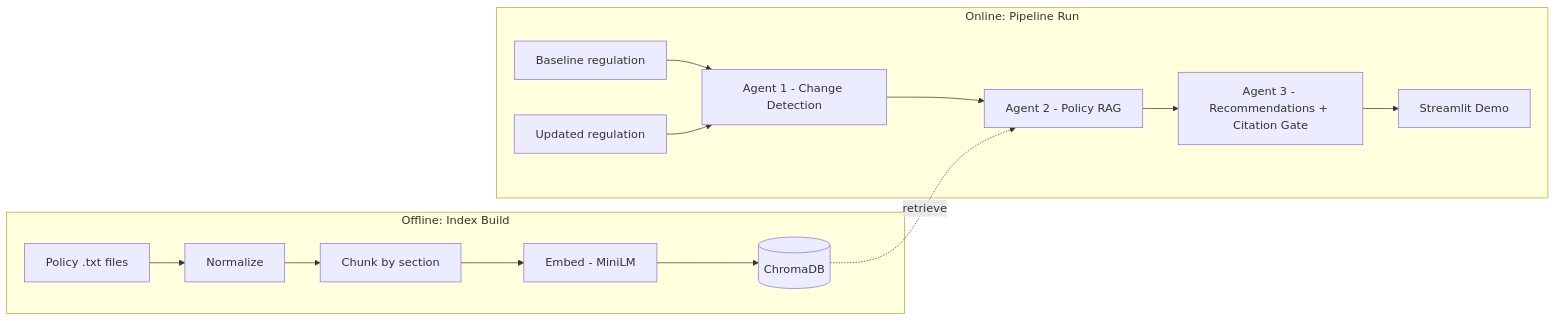
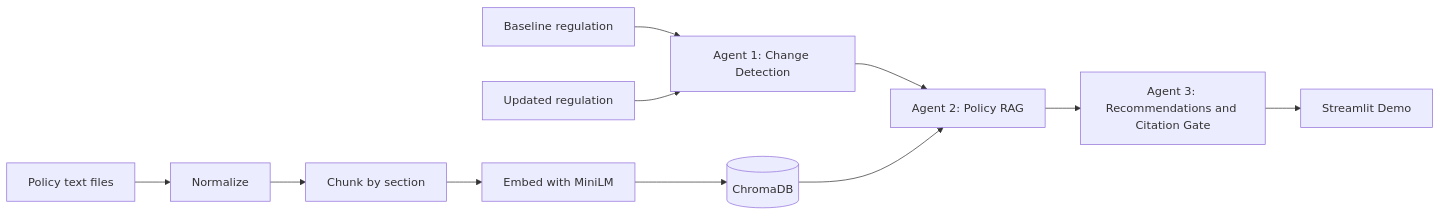
Before and after one commit to p-bidkar/Regulatory_Compliance_Analysis: the diagram in README.md, drawn with Mermaid.

Commit message:
fix: README minor fixes

````diff
--- a/README.md
+++ b/README.md
@@ -84,19 +84,14 @@
 ```mermaid
 flowchart LR
-    subgraph Offline["Offline: Index Build"]
-        P[Policy .txt files] --> N1[Normalize]
-        N1 --> C1[Chunk by section]
-        C1 --> E1[Embed - MiniLM]
-        E1 --> V[(ChromaDB)]
-    end
+    P[Policy text files] --> N1[Normalize]
+    N1 --> C1[Chunk by section]
+    C1 --> E1[Embed with MiniLM]
+    E1 --> V[(ChromaDB)]
 
-    subgraph Online["Online: Pipeline Run"]
-        R1[Baseline regulation] --> A1
-        R2[Updated regulation] --> A1
-        A1["Agent 1 - Change Detection"] --> A2
-        V -.retrieve.-> A2
-        A2["Agent 2 - Policy RAG"] --> A3
-        A3["Agent 3 - Recommendations + Citation Gate"] --> UI
-        UI["Streamlit Demo"]
-    end
+    R1[Baseline regulation] --> A1[Agent 1: Change Detection]
+    R2[Updated regulation] --> A1
+    A1 --> A2[Agent 2: Policy RAG]
+    V --> A2
+    A2 --> A3[Agent 3: Recommendations and Citation Gate]
+    A3 --> UI[Streamlit Demo]
 ```
````
